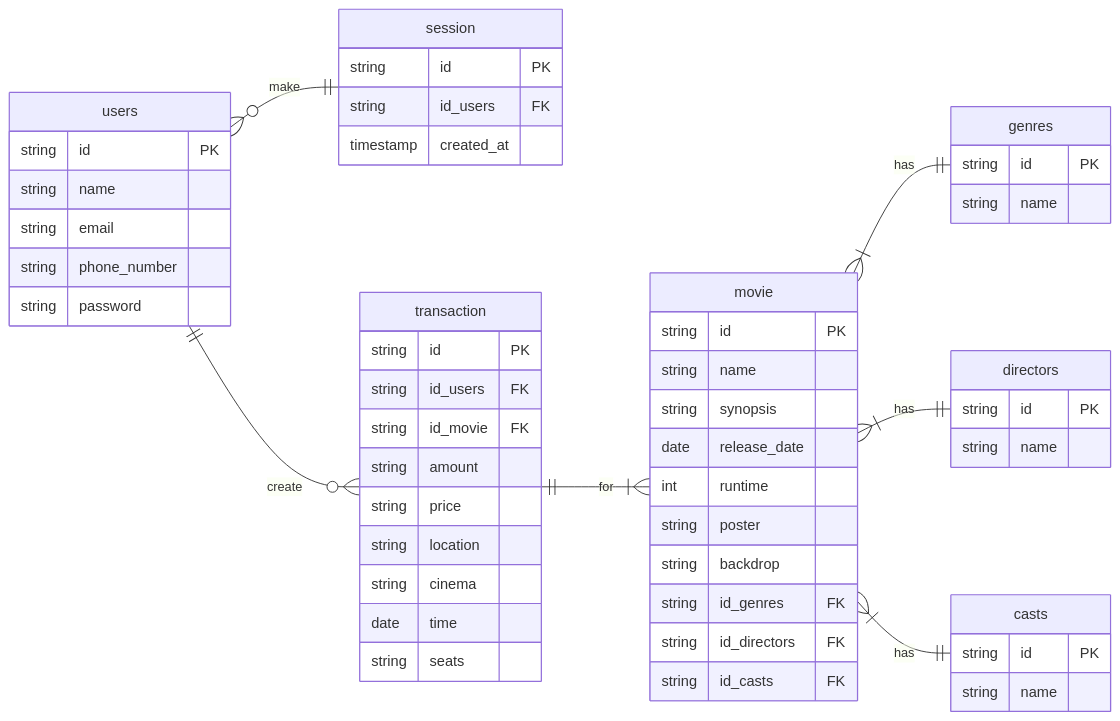
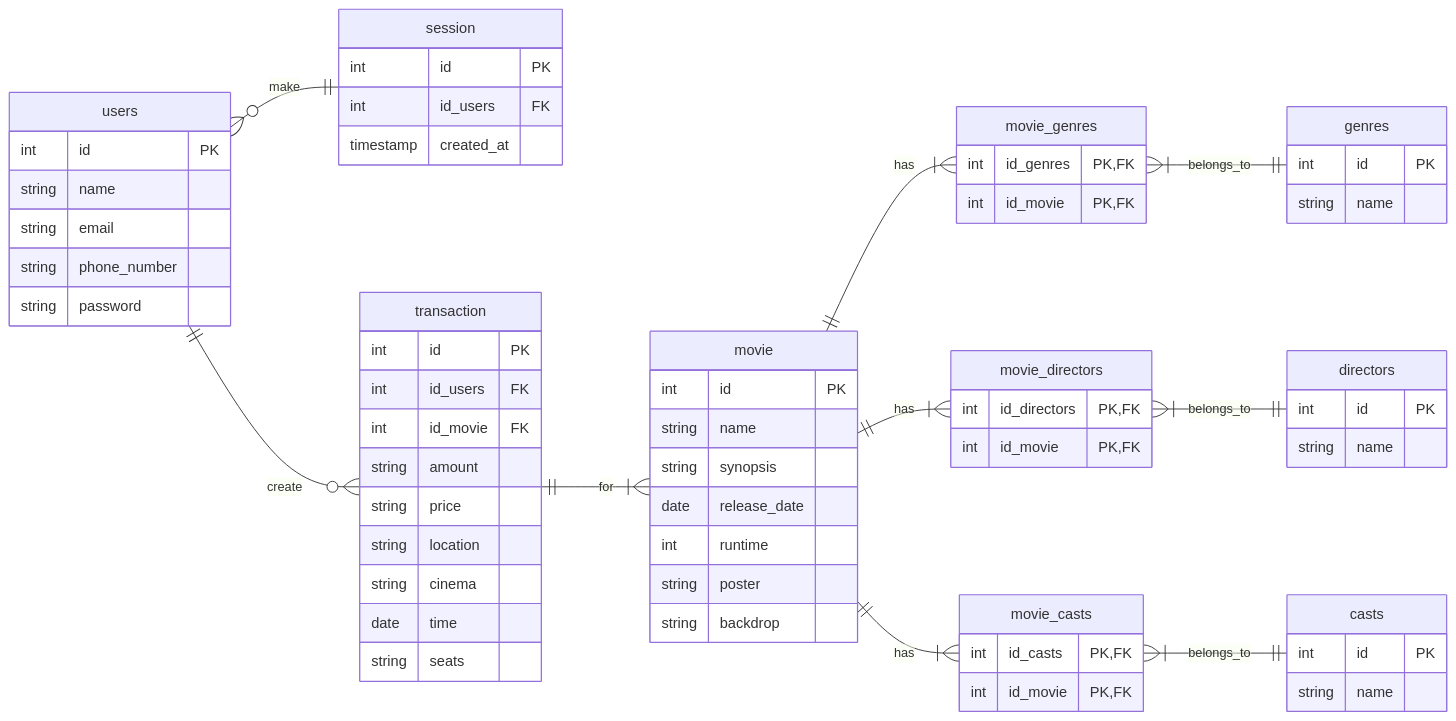
The diagram in README.md (mdavindarinaldy/fgo24-db-weeklytask), drawn with Mermaid before and after one commit.

Commit message:
docs: update ERD (make junction between movie-director, movie-genre, movie-cast)

````diff
--- a/README.md
+++ b/README.md
@@ -6,57 +6,72 @@
 ```mermaid
 erDiagram
     direction LR
     movie {
-        string id PK
+        int id PK
         string name
         string synopsis
         date release_date
         int runtime
         string poster
         string backdrop
-        string id_genres FK
-        string id_directors FK
-        string id_casts FK
     }
     genres { 
-        string id PK
+        int id PK
         string name
     }
+    movie_genres {
+        int id_genres PK,FK
+        int id_movie PK,FK
+    }
     directors {
-        string id PK
+        int id PK
         string name
     }
+    movie_directors {
+        int id_directors PK,FK
+        int id_movie PK,FK
+    }
     casts {
-        string id PK
+        int id PK
         string name
     }
+    movie_casts {
+        int id_casts PK,FK
+        int id_movie PK,FK
+    }
     users {
-        string id PK
+        int id PK
         string name
         string email
         string phone_number
         string password
     }
     session {
-        string id PK
-        string id_users FK
+        int id PK
+        int id_users FK
         timestamp created_at
     }
     transaction {
-        string id PK
-        string id_users FK
-        string id_movie FK
+        int id PK
+        int id_users FK
+        int id_movie FK
         string amount
         string price 
         string location
         string cinema
         date time
         string seats
     }
-    movie }|--|| genres: has
-    movie }|--|| directors: has
-    movie }|--|| casts: has
+    movie ||--|{ movie_genres: has
+    movie_genres }|--|| genres: belongs_to
+
+    movie ||--|{ movie_directors: has
+    movie_directors }|--|| directors: belongs_to
+
+    movie ||--|{ movie_casts: has
+    movie_casts }|--|| casts: belongs_to
+
     users }o--|| session: make
     users ||--o{ transaction: create
     transaction ||--|{ movie: for
 ```
````
